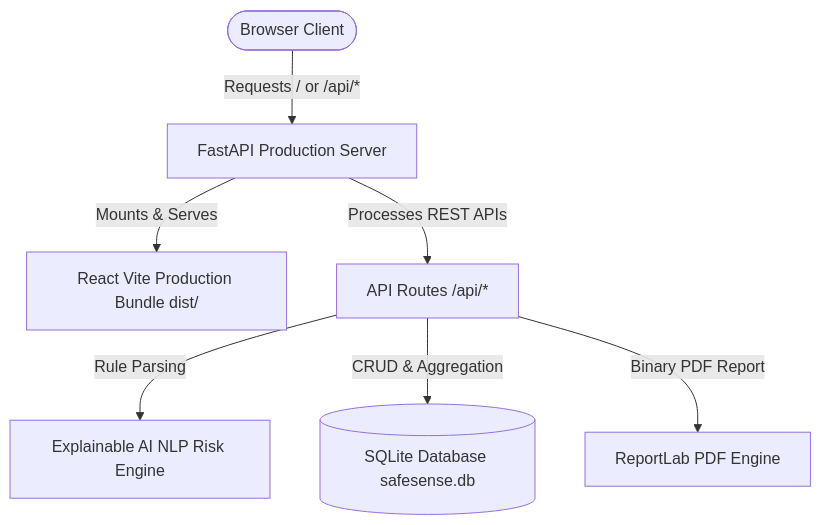
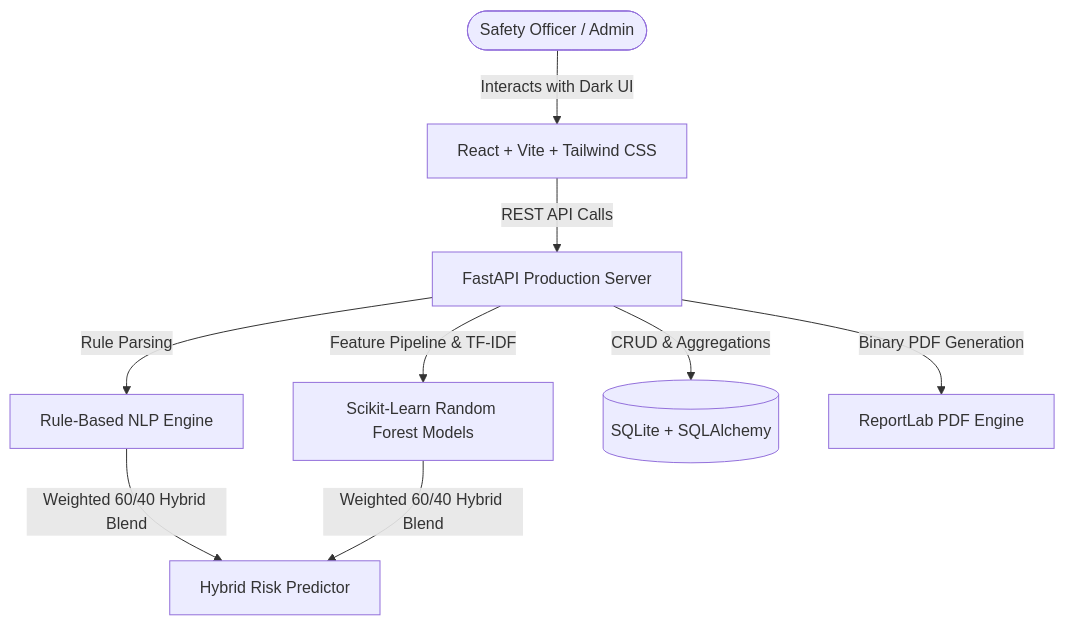
One commit to varshinijagan2006-afk/safesense changed the diagram in README.md. Above: the diagram before and after it, drawn with Mermaid. The commit also changed other lines of this file, not shown here.

Commit message:
docs: update README with Hybrid AI architecture and ML model specs

````diff
--- a/README.md
+++ b/README.md
@@ -49,9 +48,10 @@
 ```mermaid
 graph TD
-    User([Browser Client]) -->|Requests / or /api/*| Server[FastAPI Production Server]
-    Server -->|Mounts & Serves| SPA[React Vite Production Bundle dist/]
-    Server -->|Processes REST APIs| Endpoints[API Routes /api/*]
-    Endpoints -->|Rule Parsing| RiskEngine[Explainable AI NLP Risk Engine]
-    Endpoints -->|CRUD & Aggregation| DB[(SQLite Database safesense.db)]
-    Endpoints -->|Binary PDF Report| PDFGen[ReportLab PDF Engine]
+    User([Safety Officer / Admin]) -->|Interacts with Dark UI| Frontend[React + Vite + Tailwind CSS]
+    Frontend -->|REST API Calls| Backend[FastAPI Production Server]
+    Backend -->|Rule Parsing| RuleEngine[Rule-Based NLP Engine]
+    Backend -->|Feature Pipeline & TF-IDF| MLEngine[Scikit-Learn Random Forest Models]
+    RuleEngine & MLEngine -->|Weighted 60/40 Hybrid Blend| Predictor[Hybrid Risk Predictor]
+    Backend -->|CRUD & Aggregations| Database[(SQLite + SQLAlchemy)]
+    Backend -->|Binary PDF Generation| PDFGen[ReportLab PDF Engine]
 ```
````
